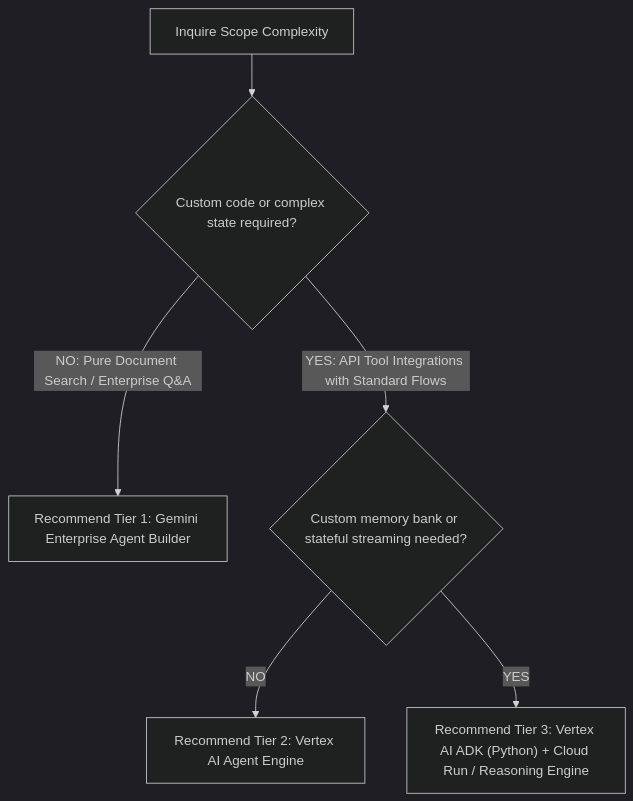
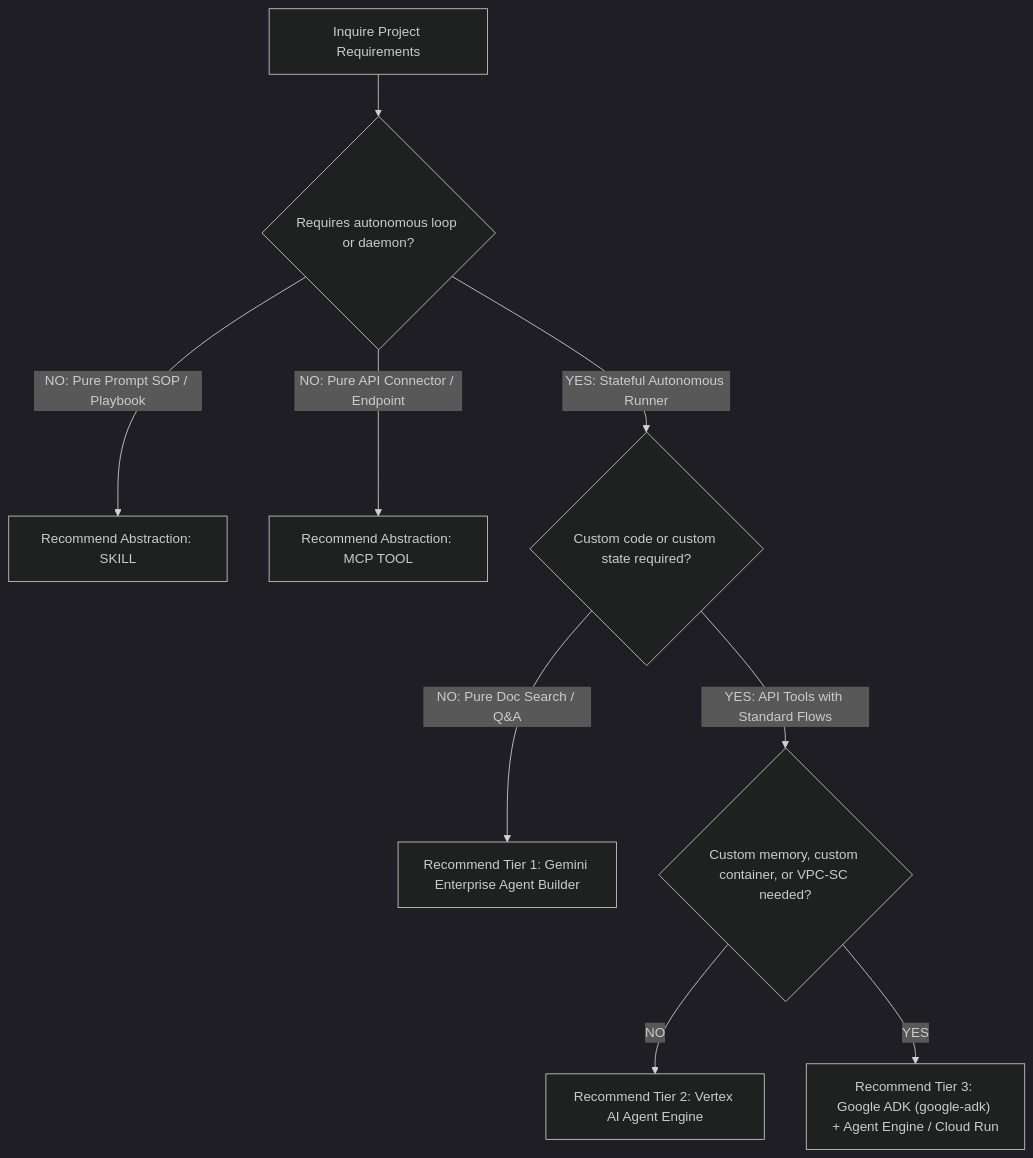
Before and after one commit to enriquekalven/delta-skills: the diagram in skills/gcp-agent-architecture-advisor/SKILL.md, drawn with Mermaid (dark theme). The commit also changed other lines of this file, not shown here.

Commit message:
fix: update gcp-agent-architecture-advisor with correct Google ADK package name and Agent Engine GA status

````diff
--- a/skills/gcp-agent-architecture-advisor/SKILL.md
+++ b/skills/gcp-agent-architecture-advisor/SKILL.md
@@ -62,8 +91,13 @@
 ```mermaid
 graph TD
-    A["Inquire Scope Complexity"] --> B{"Custom code or complex state required?"}
-    B -- "NO: Pure Document Search / Enterprise Q&A" --> C["Recommend Tier 1: Gemini Enterprise Agent Builder"]
-    B -- "YES: API Tool Integrations with Standard Flows" --> D{"Custom memory bank or stateful streaming needed?"}
-    D -- "NO" --> E["Recommend Tier 2: Vertex AI Agent Engine"]
-    D -- "YES" --> F["Recommend Tier 3: Vertex AI ADK (Python) + Cloud Run / Reasoning Engine"]
+    A["Inquire Project Requirements"] --> B{"Requires autonomous loop or daemon?"}
+    B -- "NO: Pure Prompt SOP / Playbook" --> C["Recommend Abstraction: SKILL"]
+    B -- "NO: Pure API Connector / Endpoint" --> D["Recommend Abstraction: MCP TOOL"]
+    B -- "YES: Stateful Autonomous Runner" --> E{"Custom code or custom state required?"}
+    
+    E -- "NO: Pure Doc Search / Q&A" --> F["Recommend Tier 1: Gemini Enterprise Agent Builder"]
+    E -- "YES: API Tools with Standard Flows" --> G{"Custom memory, custom container, or VPC-SC needed?"}
+    
+    G -- "NO" --> H["Recommend Tier 2: Vertex AI Agent Engine"]
+    G -- "YES" --> I["Recommend Tier 3: Google ADK (google-adk) + Agent Engine / Cloud Run"]
 ```
````
